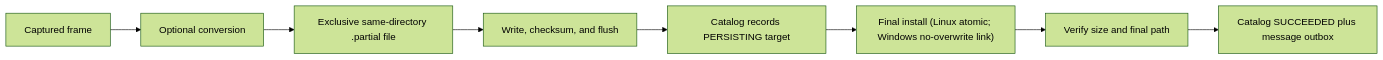
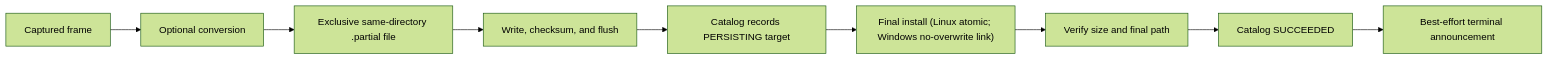
One commit to edgecommons/camera-adapter changed the sixth of 15 diagrams in DESIGN.md. Above: the diagram before and after it, drawn with Mermaid (forest theme). The commit also changed other lines of this file and 24 other files, not shown here.

````diff
--- a/DESIGN.md
+++ b/DESIGN.md
@@ -441,10 +443,11 @@
 ```mermaid
 flowchart LR
   Frame["Captured frame"] --> Convert["Optional conversion"]
   Convert --> Temp["Exclusive same-directory .partial file"]
   Temp --> Flush["Write, checksum, and flush"]
   Flush --> Record["Catalog records PERSISTING target"]
   Record --> Rename["Final install (Linux atomic; Windows no-overwrite link)"]
   Rename --> Verify["Verify size and final path"]
-  Verify --> Commit["Catalog SUCCEEDED plus message outbox"]
+  Verify --> Commit["Catalog SUCCEEDED"]
+  Commit --> Announce["Best-effort terminal announcement"]
 ```
````
